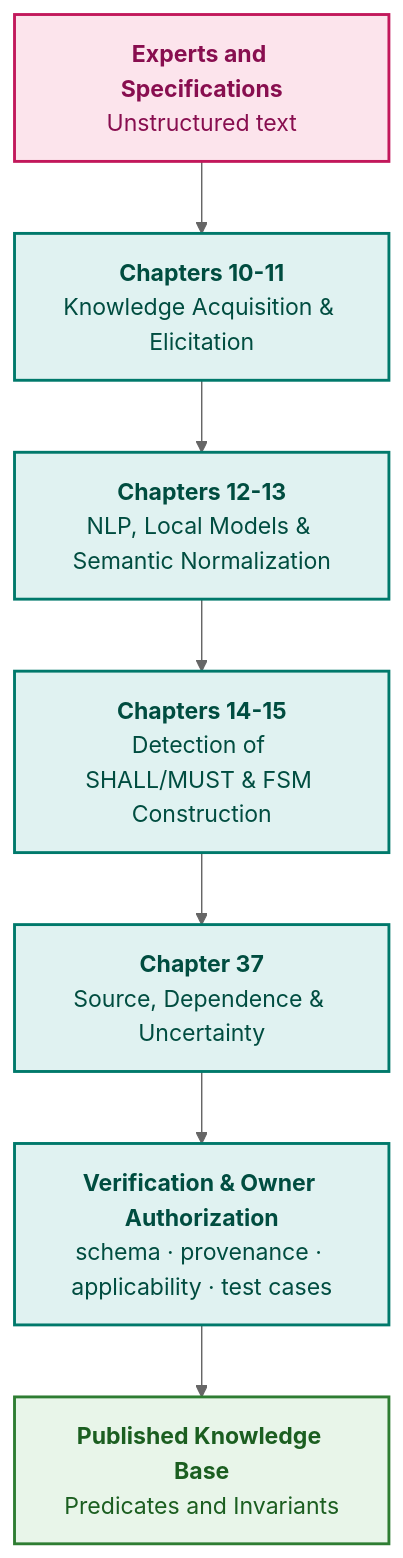
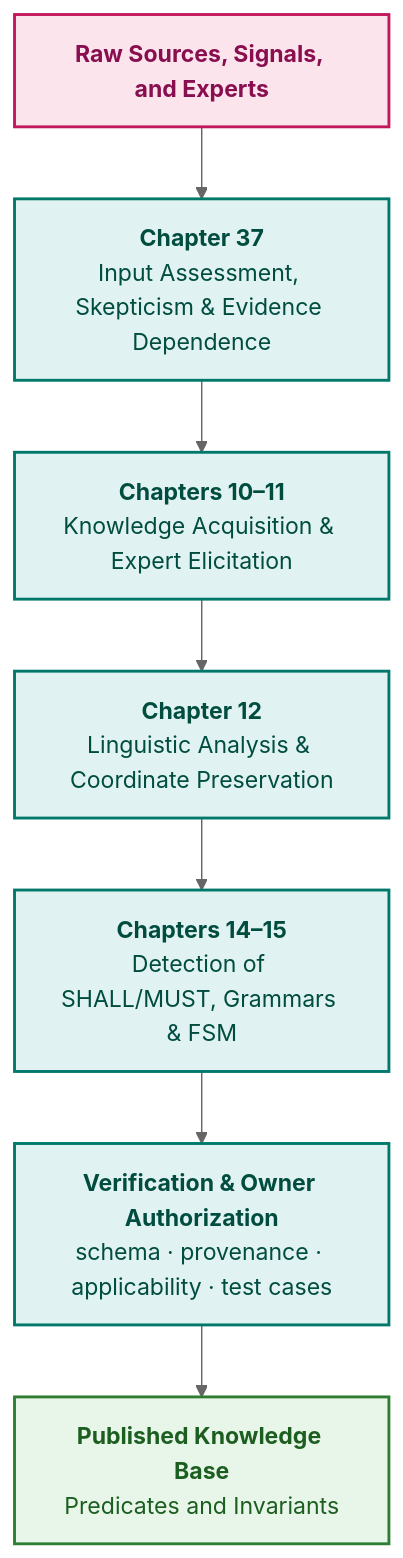
The diagram in ExpertSystem/translations/en/part-03-knowledge-engineering-nlp.md (nick-fedchik/articles), drawn with Mermaid (neutral theme) before and after one commit. The commit also changed other lines of this file and 174 other files, not shown here.

````diff
--- a/ExpertSystem/translations/en/part-03-knowledge-engineering-nlp.md
+++ b/ExpertSystem/translations/en/part-03-knowledge-engineering-nlp.md
@@ -27,20 +27,20 @@
 ```mermaid
 flowchart TD
     accTitle: Knowledge Engineering Pipeline of Part III
-    accDescr: Acquisition, linguistic analysis, formalization, and source assessment prior to knowledge admission.
+    accDescr: From entry epistemic source assessment through knowledge acquisition and linguistic analysis to knowledge base construction.
 
-    E["<b>Experts and Specifications</b><br/>Unstructured text"] --> KAS["<b>Chapters 10-11</b><br/>Knowledge Acquisition & Elicitation"]
-    KAS --> NLP["<b>Chapters 12-13</b><br/>NLP, Local Models & Semantic Normalization"]
-    NLP --> EXT["<b>Chapters 14-15</b><br/>Detection of SHALL/MUST & FSM Construction"]
-    EXT --> INPUT["<b>Chapter 37</b><br/>Source, Dependence & Uncertainty"]
-    INPUT --> REVIEW["<b>Verification & Owner Authorization</b><br/>schema · provenance · applicability · test cases"]
+    E["<b>Raw Sources, Signals, and Experts</b>"] --> INPUT["<b>Chapter 37</b><br/>Input Assessment, Skepticism & Evidence Dependence"]
+    INPUT --> KAS["<b>Chapters 10–11</b><br/>Knowledge Acquisition & Expert Elicitation"]
+    KAS --> NLP["<b>Chapter 12</b><br/>Linguistic Analysis & Coordinate Preservation"]
+    NLP --> EXT["<b>Chapters 14–15</b><br/>Detection of SHALL/MUST, Grammars & FSM"]
+    EXT --> REVIEW["<b>Verification & Owner Authorization</b><br/>schema · provenance · applicability · test cases"]
     REVIEW --> KB["<b>Published Knowledge Base</b><br/>Predicates and Invariants"]
 
     classDef src fill:#fce4ec,stroke:#c2185b,stroke-width:2px,color:#880e4f;
     classDef step fill:#e0f2f1,stroke:#00796b,stroke-width:2px,color:#004d40;
     classDef out fill:#e8f5e9,stroke:#2e7d32,stroke-width:2px,color:#1b5e20;
 
     class E src;
-    class KAS,NLP,EXT,INPUT,REVIEW step;
+    class INPUT,KAS,NLP,EXT,REVIEW step;
     class KB out;
 ```
````
